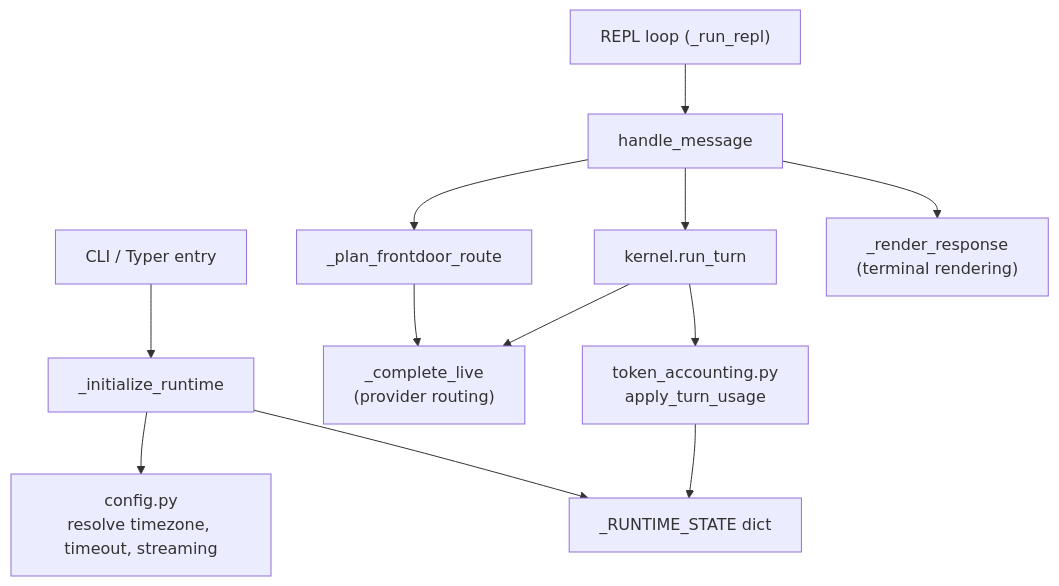
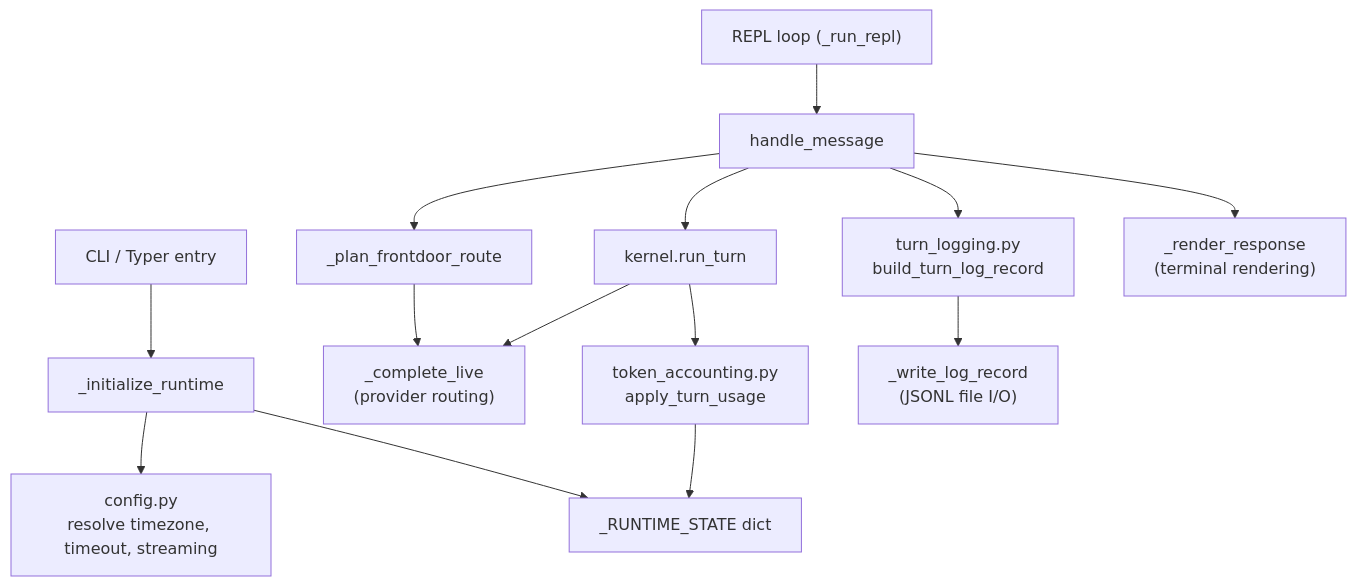
The diagram in docs/LITTLE_LISA_GUIDE.md (Lisa-Harness/lisa), drawn with Mermaid before and after one commit. The commit also changed other lines of this file and 2 other files, not shown here.

First line of the commit message:
ref(little_lisa): extract turn_logging module, decompose front-door planner

````diff
--- a/docs/LITTLE_LISA_GUIDE.md
+++ b/docs/LITTLE_LISA_GUIDE.md
@@ -281,14 +282,16 @@
 ```mermaid
 graph TD
     CLI["CLI / Typer entry"] --> Init["_initialize_runtime"]
     Init --> Config["config.py<br/>resolve timezone, timeout, streaming"]
     Init --> State["_RUNTIME_STATE dict"]
     REPL["REPL loop (_run_repl)"] --> Handle["handle_message"]
     Handle --> Frontdoor["_plan_frontdoor_route"]
     Frontdoor --> Complete["_complete_live<br/>(provider routing)"]
     Handle --> TurnRunner["kernel.run_turn"]
     TurnRunner --> Complete
     TurnRunner --> TokenAccounting["token_accounting.py<br/>apply_turn_usage"]
     TokenAccounting --> State
+    Handle --> TurnLog["turn_logging.py<br/>build_turn_log_record"]
+    TurnLog --> LogWrite["_write_log_record<br/>(JSONL file I/O)"]
     Handle --> Render["_render_response<br/>(terminal rendering)"]
 ```
````
